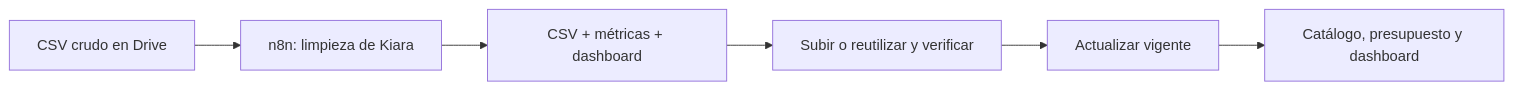
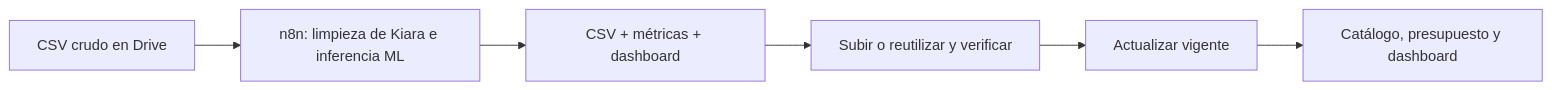
The diagram in README.md (Tomas-Gonzalez01/TACCtico), drawn with Mermaid before and after one commit. The commit also changed other lines of this file and 9 other files, not shown here.

````diff
--- a/README.md
+++ b/README.md
@@ -90,8 +110,8 @@
 ```mermaid
 flowchart LR
-    A[CSV crudo en Drive] --> B[n8n: limpieza de Kiara]
+    A[CSV crudo en Drive] --> B[n8n: limpieza de Kiara e inferencia ML]
     B --> C[CSV + métricas + dashboard]
     C --> D[Subir o reutilizar y verificar]
     D --> E[Actualizar vigente]
     E --> F[Catálogo, presupuesto y dashboard]
 ```
````
